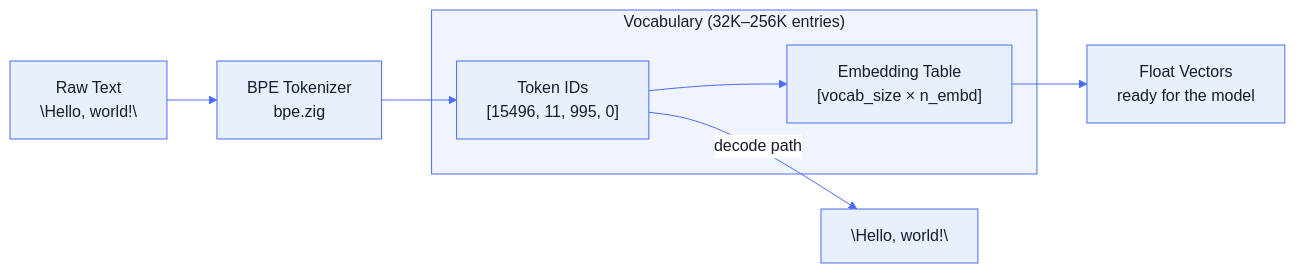
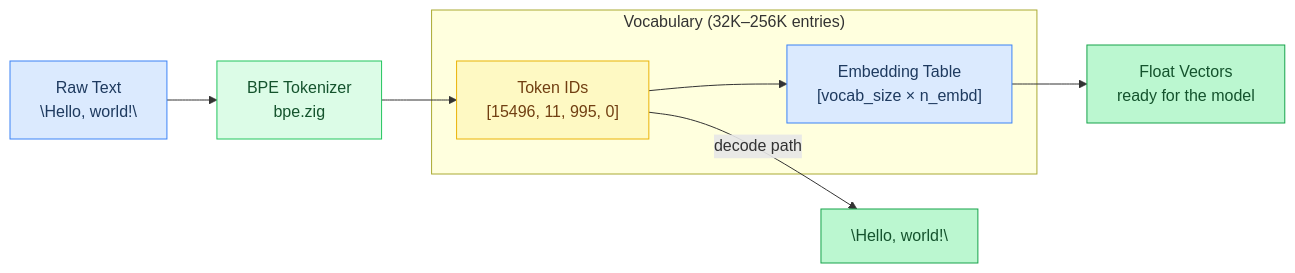
One commit to maci0/agave changed the first of 7 diagrams in docs/tutorial/01-tokens-and-text.md. Above: the diagram before and after it, drawn with Mermaid. The commit also changed other lines of this file and 24 other files, not shown here.

First line of the commit message:
docs: convert all mermaid diagrams to classDef semantic colors

````diff
--- a/docs/tutorial/01-tokens-and-text.md
+++ b/docs/tutorial/01-tokens-and-text.md
@@ -13,28 +13,27 @@
 ```mermaid
-%%{init: {'theme': 'base', 'themeVariables': {
-  'primaryColor': '#e8f0fe',
-  'primaryTextColor': '#1a1a2e',
-  'primaryBorderColor': '#4a6cf7',
-  'lineColor': '#4a6cf7',
-  'secondaryColor': '#f0f4ff',
-  'tertiaryColor': '#f8f9ff',
-  'edgeLabelBackground': '#ffffff',
-  'clusterBkg': '#f0f4ff',
-  'clusterBorder': '#4a6cf7',
-  'titleColor': '#1a1a2e',
-  'nodeTextColor': '#1a1a2e',
-  'fontFamily': 'ui-monospace, SFMono-Regular, monospace'
-}}}%%
 flowchart LR
-    Raw["Raw Text\n\"Hello, world!\""] --> Tok["BPE Tokenizer\nbpe.zig"]
-    Tok --> IDs["Token IDs\n[15496, 11, 995, 0]"]
-    IDs --> Embed["Embedding Table\n[vocab_size × n_embd]"]
-    Embed --> Vec["Float Vectors\nready for the model"]
+    classDef setup     fill:#dbeafe,stroke:#3b82f6,color:#1e3a5f
+    classDef sync      fill:#dcfce7,stroke:#22c55e,color:#14532d
+    classDef migration fill:#fef9c3,stroke:#eab308,color:#713f12
+    classDef success   fill:#bbf7d0,stroke:#16a34a,color:#14532d
+    classDef danger    fill:#fee2e2,stroke:#ef4444,color:#7f1d1d
+    classDef optional  fill:#f3e8ff,stroke:#9333ea,color:#581c87
 
-    IDs -->|"decode path"| Back["\"Hello, world!\""]
+    Raw["Raw Text\n\"Hello, world!\""]:::setup
+    Tok["BPE Tokenizer\nbpe.zig"]:::sync
+    IDs["Token IDs\n[15496, 11, 995, 0]"]:::migration
+    Embed["Embedding Table\n[vocab_size × n_embd]"]:::setup
+    Vec["Float Vectors\nready for the model"]:::success
+    Back["\"Hello, world!\""]:::success
+
+    Raw --> Tok
+    Tok --> IDs
+    IDs --> Embed
+    Embed --> Vec
+    IDs -->|"decode path"| Back
 
     subgraph Vocab["Vocabulary (32K–256K entries)"]
         IDs
         Embed
     end
 ```
````
